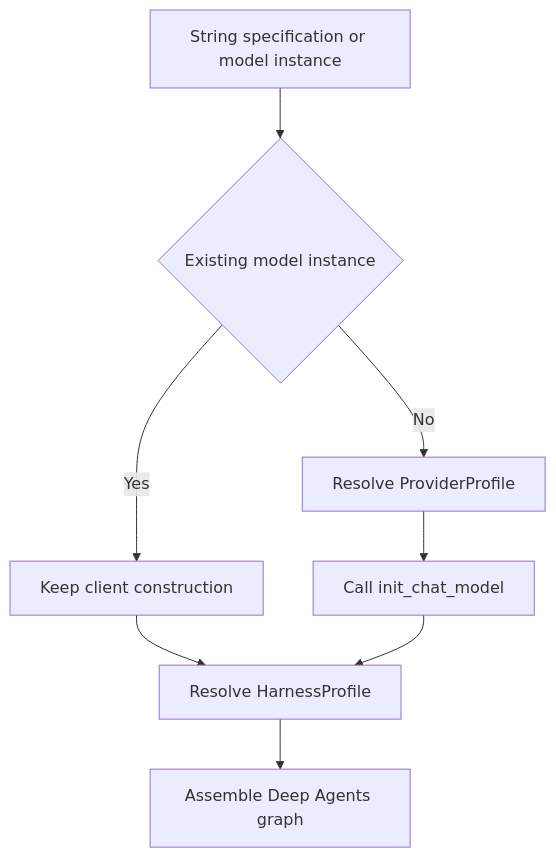
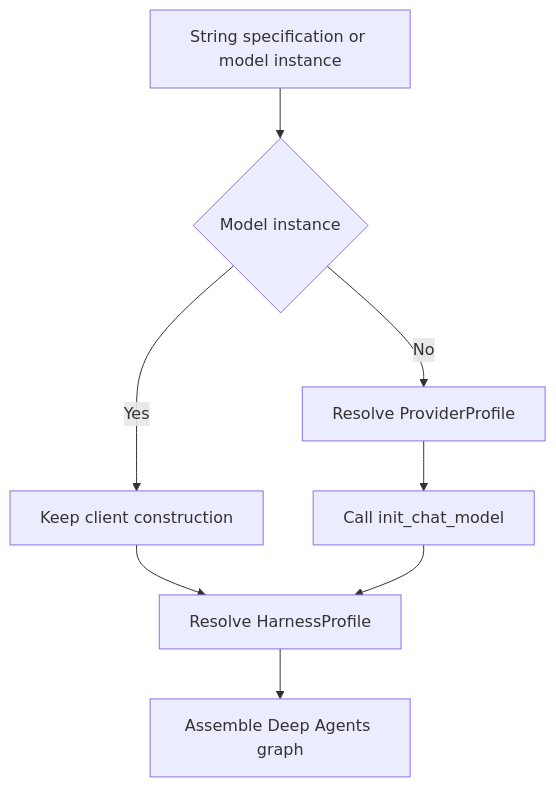
One commit to langchain-ai/deepagents changed the first of 3 diagrams in openwiki/concepts/profiles-models.md. Above: the diagram before and after it, drawn with Mermaid. The commit also changed other lines of this file and 34 other files, not shown here.

````diff
--- a/openwiki/concepts/profiles-models.md
+++ b/openwiki/concepts/profiles-models.md
@@ -60,10 +62,10 @@
 ```mermaid
 flowchart TD
-    Input["String specification or model instance"] --> Existing{"Existing model instance"}
+    Input["String specification or model instance"] --> Existing{"Model instance"}
     Existing -->|Yes| Retain["Keep client construction"]
     Existing -->|No| Provider["Resolve ProviderProfile"]
     Provider --> Build["Call init_chat_model"]
     Retain --> Harness["Resolve HarnessProfile"]
     Build --> Harness
     Harness --> Graph["Assemble Deep Agents graph"]
 ```
````
